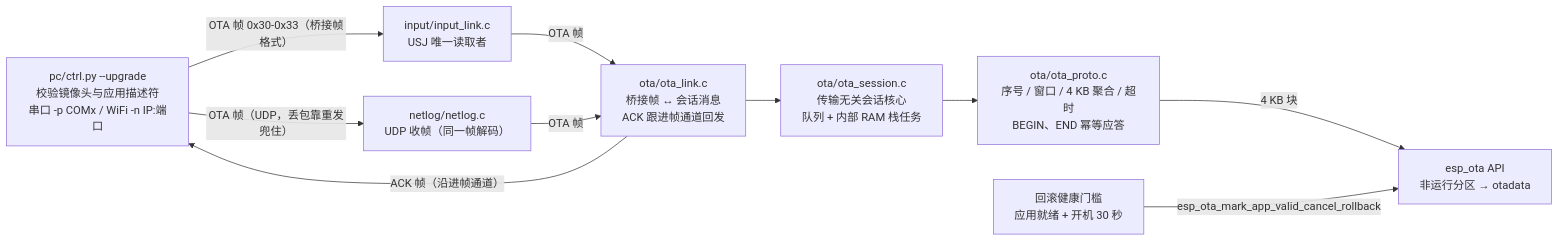
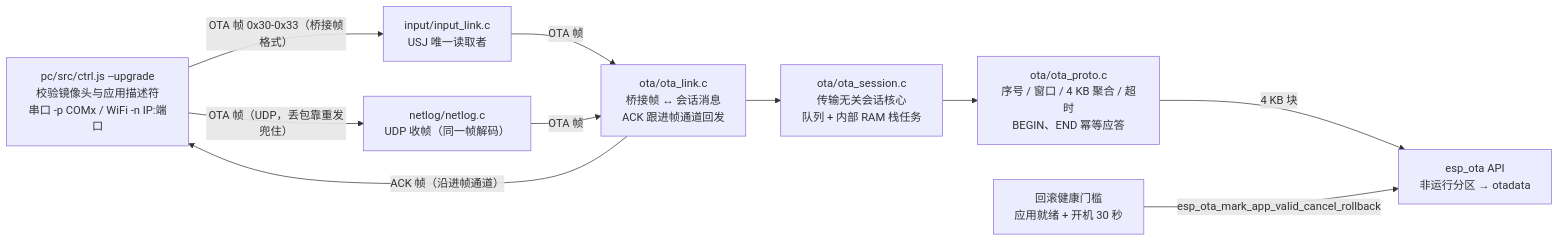
Before and after one commit to slime7/remapad: the seventh of 9 diagrams in docs/ARCHITECTURE.md, drawn with Mermaid. The commit also changed other lines of this file and 145 other files, not shown here.

Commit message:
feat(pc): PC 侧工具从 Python 迁到 Node.js，图形控制台换 Vue 3 前端

````diff
--- a/docs/ARCHITECTURE.md
+++ b/docs/ARCHITECTURE.md
@@ -215,21 +216,21 @@
 ```mermaid
 flowchart LR
-    Tool["pc/ctrl.py --upgrade<br/>校验镜像头与应用描述符<br/>串口 -p COMx / WiFi -n IP:端口"]
+    Tool["pc/src/ctrl.js --upgrade<br/>校验镜像头与应用描述符<br/>串口 -p COMx / WiFi -n IP:端口"]
     Link["input/input_link.c<br/>USJ 唯一读取者"]
     Net["netlog/netlog.c<br/>UDP 收帧（同一帧解码）"]
     Adapt["ota/ota_link.c<br/>桥接帧 ↔ 会话消息<br/>ACK 跟进帧通道回发"]
     Session["ota/ota_session.c<br/>传输无关会话核心<br/>队列 + 内部 RAM 栈任务"]
     Proto["ota/ota_proto.c<br/>序号 / 窗口 / 4 KB 聚合 / 超时<br/>BEGIN、END 幂等应答"]
     Flash["esp_ota API<br/>非运行分区 → otadata"]
     Health["回滚健康门槛<br/>应用就绪 + 开机 30 秒"]
 
     Tool -->|"OTA 帧 0x30-0x33（桥接帧格式）"| Link
     Tool -->|"OTA 帧（UDP，丢包靠重发兜住）"| Net
     Link -->|OTA 帧| Adapt
     Net -->|OTA 帧| Adapt
     Adapt --> Session
     Session --> Proto
     Proto -->|"4 KB 块"| Flash
     Adapt -->|"ACK 帧（沿进帧通道）"| Tool
     Health -->|esp_ota_mark_app_valid_cancel_rollback| Flash
 ```
````
